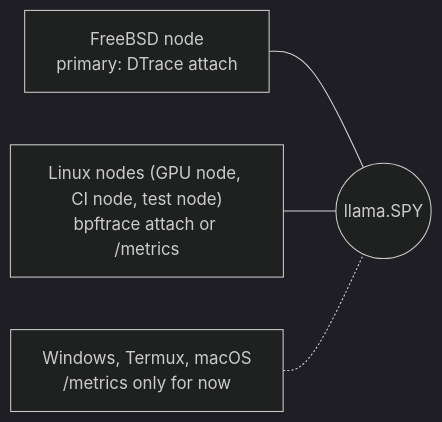
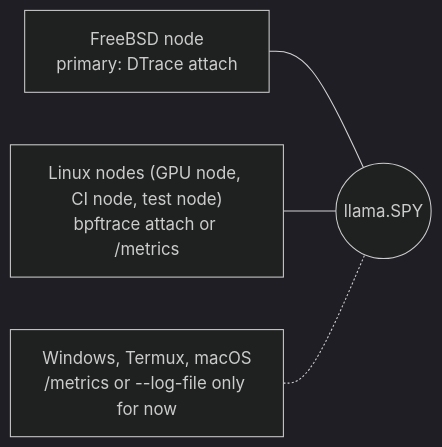
Before and after one commit to brianreborn/llama.SPY: the sixth of 6 diagrams in README.md, drawn with Mermaid (dark theme). The commit also changed other lines of this file, not shown here.

First line of the commit message:
docs(README): match provider lifecycle diagram to the code

````diff
--- a/README.md
+++ b/README.md
@@ -255,9 +264,9 @@
 ```mermaid
 flowchart LR
   fbsd["FreeBSD node<br/>primary: DTrace attach"]
   linux["Linux nodes (GPU node, CI node, test node)<br/>bpftrace attach or /metrics"]
-  other["Windows, Termux, macOS<br/>/metrics only for now"]
+  other["Windows, Termux, macOS<br/>/metrics or --log-file only for now"]
   fbsd --- spy(("llama.SPY"))
   linux --- spy
   other -.- spy
 ```
````
